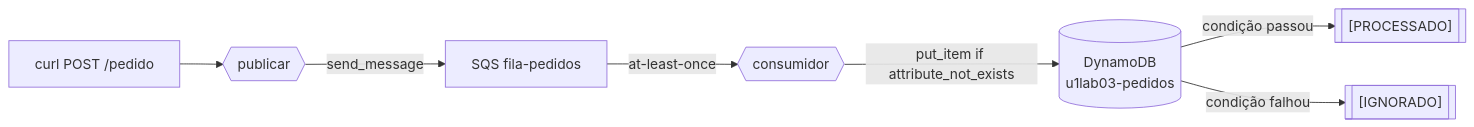
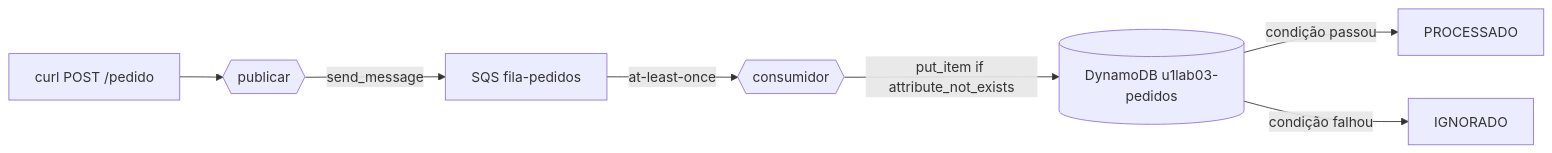
Before and after one commit to aulas-marco/arquitetura-serverless-eventdriven: the diagram in docs/unidade-1/02-demos/u1-03.md, drawn with Mermaid. The commit also changed 10 other files, not shown here.

First line of the commit message:
Corrige erros de parse nos diagramas Mermaid da documentação

````diff
--- a/docs/unidade-1/02-demos/u1-03.md
+++ b/docs/unidade-1/02-demos/u1-03.md
@@ -35,9 +35,9 @@
 ```mermaid
 flowchart LR
     C[curl POST /pedido] --> P{{publicar}}
     P -- send_message --> Q[SQS fila-pedidos]
     Q -- at-least-once --> K{{consumidor}}
-    K -- "put_item if attribute_not_exists" --> D[(DynamoDB<br/>u1lab03-pedidos)]
-    D -- condição passou --> OK[["[PROCESSADO]"]]
-    D -- condição falhou --> DUP[["[IGNORADO]"]]
+    K -- "put_item if attribute_not_exists" --> D[(DynamoDB u1lab03-pedidos)]
+    D -- condição passou --> OK[PROCESSADO]
+    D -- condição falhou --> DUP[IGNORADO]
 ```
````
